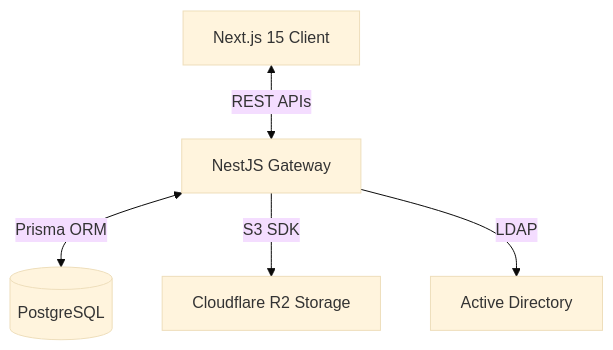
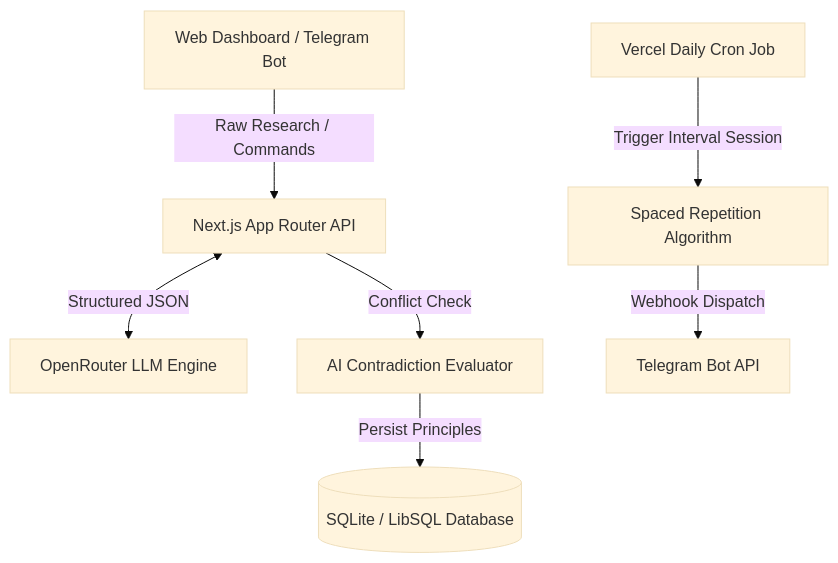
The sixth of 6 diagrams in README.md (Ham144/Ham144), drawn with Mermaid (base theme) before and after one commit. The commit also changed other lines of this file, not shown here.

Commit message:
docs: replace Petty Cash Manager with Spaced Retention Bot & Cognitive AI Engine as Project 6

````diff
--- a/README.md
+++ b/README.md
@@ -278,7 +279,9 @@
 ```mermaid
 graph TD
-    Client[Next.js 15 Client] <-->|REST APIs| Server[NestJS Gateway]
-    Server <-->|Prisma ORM| DB[(PostgreSQL)]
-    Server -->|S3 SDK| R2[Cloudflare R2 Storage]
-    Server -->|LDAP| AD[Active Directory]
+    User[Web Dashboard / Telegram Bot] -->|Raw Research / Commands| Gateway[Next.js App Router API]
+    Gateway <-->|Structured JSON| OpenRouter[OpenRouter LLM Engine]
+    Gateway -->|Conflict Check| ConflictGuard[AI Contradiction Evaluator]
+    ConflictGuard -->|Persist Principles| DB[(SQLite / LibSQL Database)]
+    Cron[Vercel Daily Cron Job] -->|Trigger Interval Session| SpacedEngine[Spaced Repetition Algorithm]
+    SpacedEngine -->|Webhook Dispatch| Telegram[Telegram Bot API]
 ```
````
